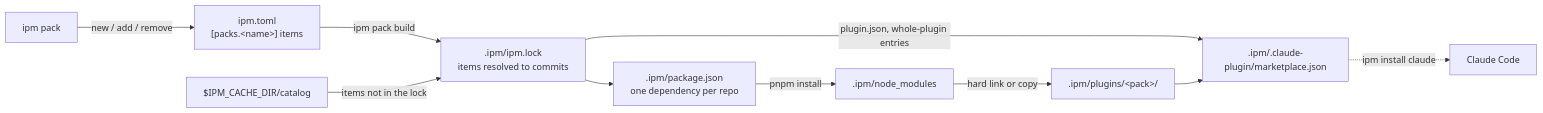
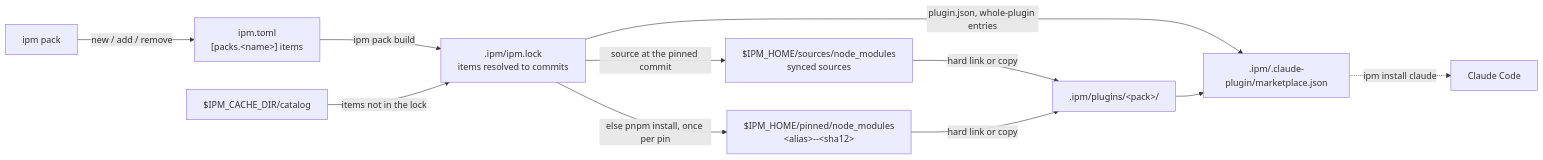
The second of 2 diagrams in docs/architecture.md (thinkjones/intelligent-package-manager), drawn with Mermaid before and after one commit. The commit also changed other lines of this file and 38 other files, not shown here.

First line of the commit message:
Pack builds read repos from your home, not .ipm/node_modules; kebab-case pack names; default descriptions (#21)

````diff
--- a/docs/architecture.md
+++ b/docs/architecture.md
@@ -102,21 +102,22 @@
 ```mermaid
 flowchart LR
   T["ipm.toml<br/>[packs.&lt;name&gt;] items"]
   CAT["$IPM_CACHE_DIR/catalog"]
   L[".ipm/ipm.lock<br/>items resolved to commits"]
-  PJ[".ipm/package.json<br/>one dependency per repo"]
-  NM[".ipm/node_modules"]
+  SRC["$IPM_HOME/sources/node_modules<br/>synced sources"]
+  PIN["$IPM_HOME/pinned/node_modules<br/>&lt;alias&gt;--&lt;sha12&gt;"]
   PL[".ipm/plugins/&lt;pack&gt;/"]
   MK[".ipm/.claude-plugin/marketplace.json"]
   C["Claude Code"]
 
   PK["ipm pack"] -->|new / add / remove| T
   T -->|ipm pack build| L
   CAT -->|items not in the lock| L
-  L --> PJ
-  PJ -->|pnpm install| NM
-  NM -->|hard link or copy| PL
+  L -->|source at the pinned commit| SRC
+  L -->|else pnpm install, once per pin| PIN
+  SRC -->|hard link or copy| PL
+  PIN -->|hard link or copy| PL
   L -->|plugin.json, whole-plugin entries| MK
   PL --> MK
   MK -.->|ipm install claude| C
 ```
````
